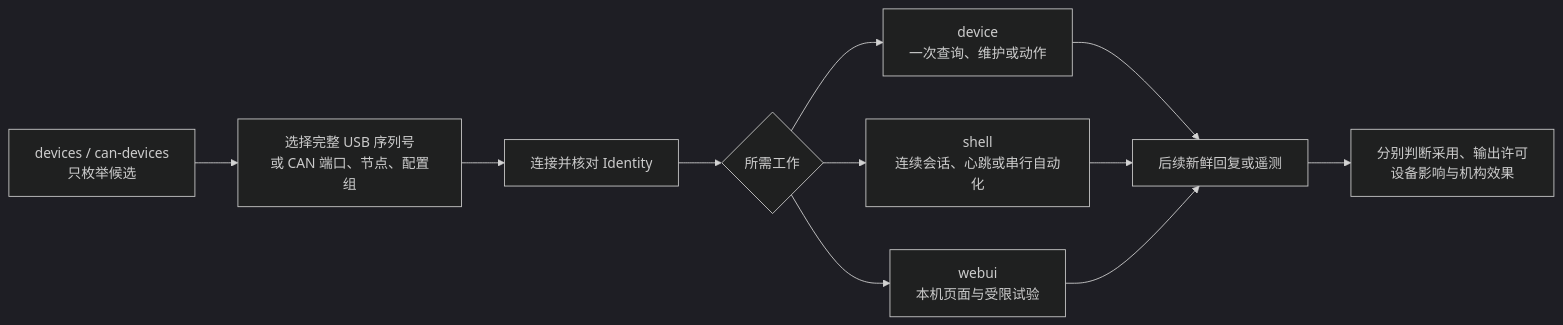
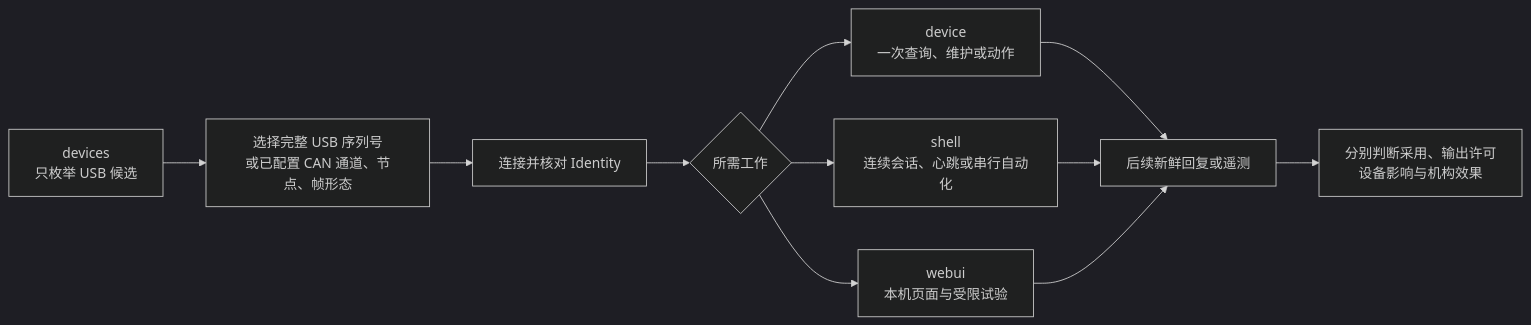
Before and after one commit to EHAPower/eha-sdk: the first of 2 diagrams in crates/tool/README.md, drawn with Mermaid (dark theme). The commit also changed other lines of this file and 24 other files, not shown here.

````diff
--- a/crates/tool/README.md
+++ b/crates/tool/README.md
@@ -17,13 +17,13 @@
 ```mermaid
 flowchart LR
-    D["devices / can-devices<br/>只枚举候选"] --> T["选择完整 USB 序列号<br/>或 CAN 端口、节点、配置组"]
+    D["devices<br/>只枚举 USB 候选"] --> T["选择完整 USB 序列号<br/>或已配置 CAN 通道、节点、帧形态"]
     T --> I["连接并核对 Identity"]
     I --> A{所需工作}
     A --> C["device<br/>一次查询、维护或动作"]
     A --> S["shell<br/>连续会话、心跳或串行自动化"]
     A --> W["webui<br/>本机页面与受限试验"]
     C --> F["后续新鲜回复或遥测"]
     S --> F
     W --> F
     F --> E["分别判断采用、输出许可<br/>设备影响与机构效果"]
 ```
````
